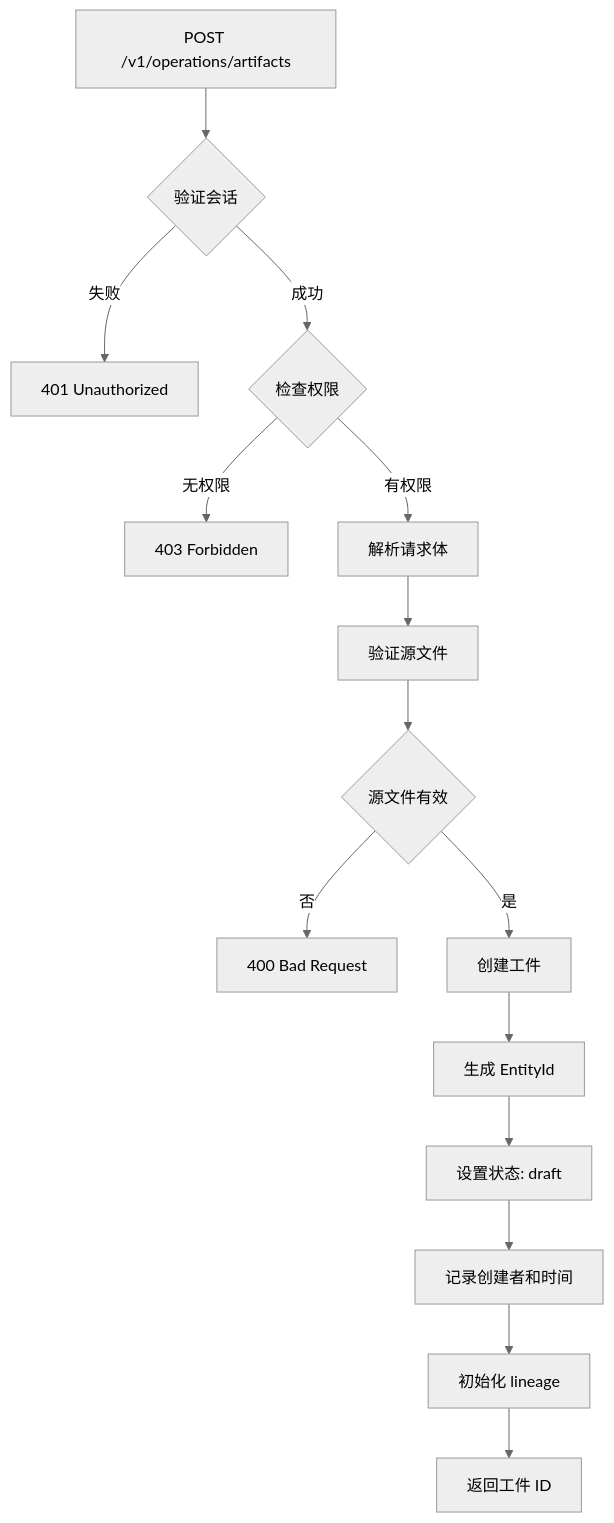
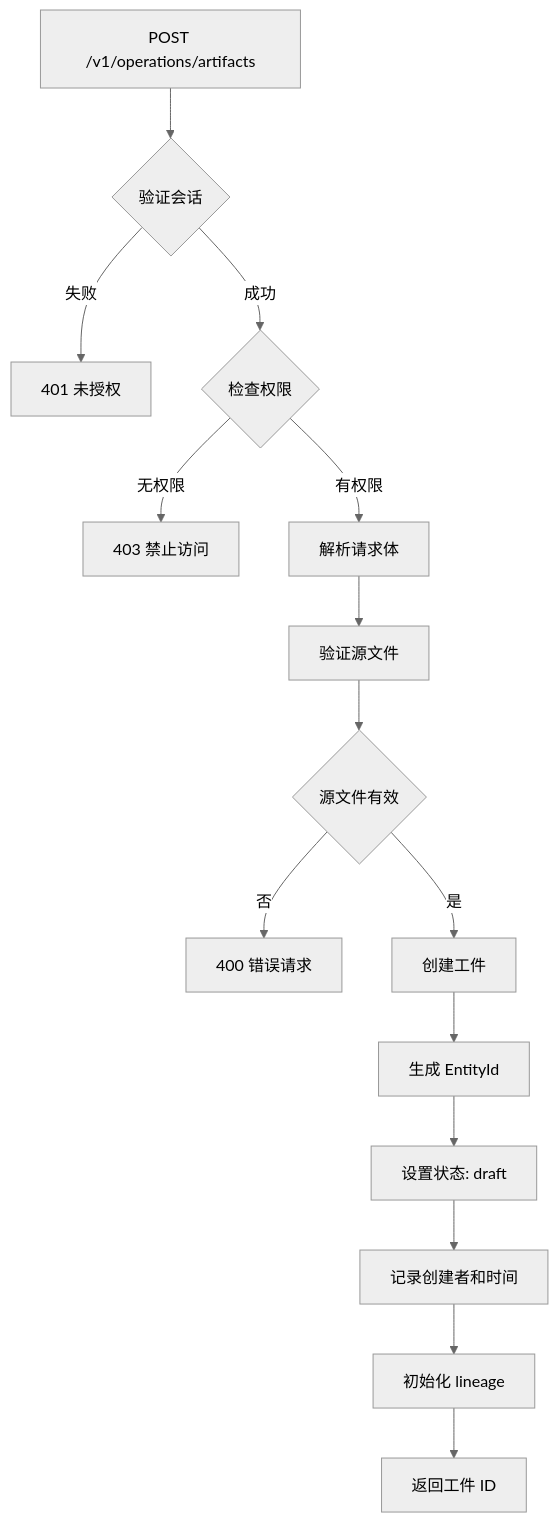
One commit to pofossette/TrapMap-for-vibing changed the fourth of 7 diagrams in docs/architecture/components/ARTIFACTS.md. Above: the diagram before and after it, drawn with Mermaid (neutral theme). The commit also changed other lines of this file and 11 other files, not shown here.

First line of the commit message:
docs: 转换 ASCII 框图为 Mermaid flowchart tb + subgraph，翻译已有 Mermaid 图表为简体中文

````diff
--- a/docs/architecture/components/ARTIFACTS.md
+++ b/docs/architecture/components/ARTIFACTS.md
@@ -222,19 +222,19 @@
 ```mermaid
 flowchart TD
     A[POST /v1/operations/artifacts] --> B{验证会话}
-    B -->|失败| C[401 Unauthorized]
+    B -->|失败| C[401 未授权]
     B -->|成功| D{检查权限}
-    D -->|无权限| E[403 Forbidden]
+    D -->|无权限| E[403 禁止访问]
     D -->|有权限| F[解析请求体]
     
     F --> G[验证源文件]
     G --> H{源文件有效}
-    H -->|否| I[400 Bad Request]
+    H -->|否| I[400 错误请求]
     H -->|是| J[创建工件]
     
     J --> K[生成 EntityId]
     K --> L[设置状态: draft]
     L --> M[记录创建者和时间]
     M --> N[初始化 lineage]
     N --> O[返回工件 ID]
 ```
````
